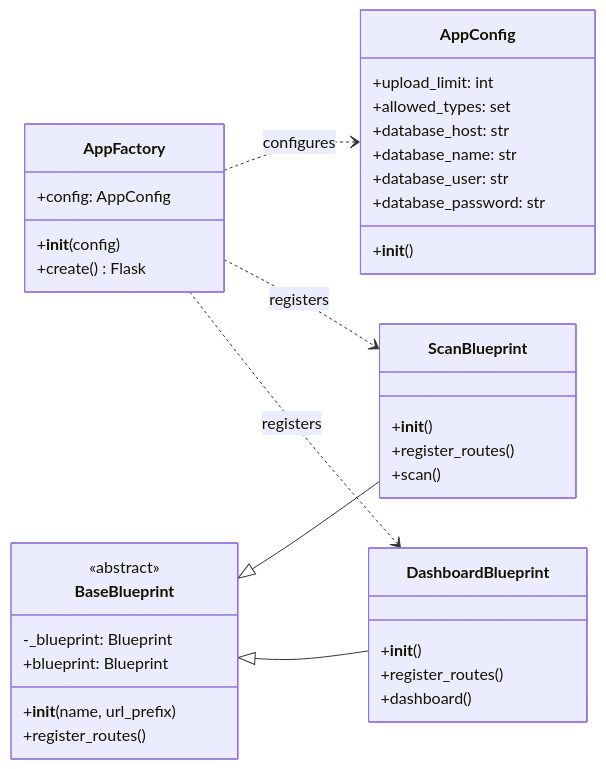
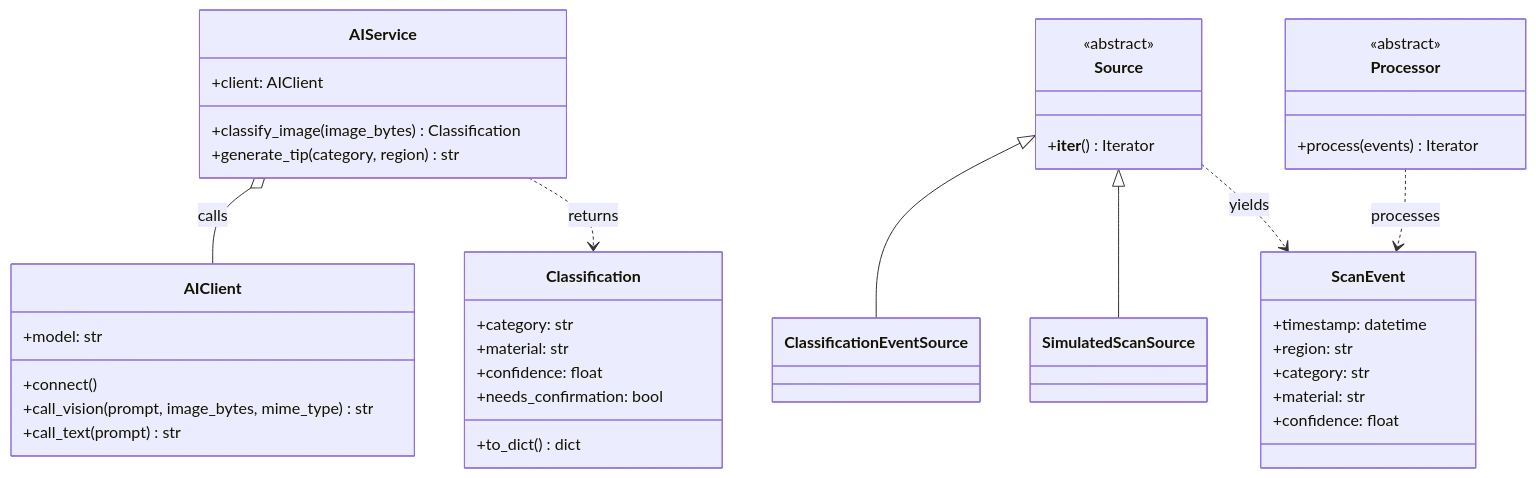
Before and after one commit to Timmyy3000/waste-sorting-assistant: the second of 6 diagrams in README.md, drawn with Mermaid. The commit also changed other lines of this file, not shown here.

Commit message:
docs(ht2): order team UML and place D runner last

````diff
--- a/README.md
+++ b/README.md
@@ -68,40 +67,42 @@
 ```mermaid
 classDiagram
-    direction LR
-    class AppConfig {
-        +__init__()
-        +upload_limit: int
-        +allowed_types: set
-        +database_host: str
-        +database_name: str
-        +database_user: str
-        +database_password: str
+    class Classification {
+        +category: str
+        +material: str
+        +confidence: float
+        +needs_confirmation: bool
+        +to_dict() dict
     }
-    class AppFactory {
-        +__init__(config)
-        +config: AppConfig
-        +create() Flask
+    class AIClient {
+        +model: str
+        +connect()
+        +call_vision(prompt, image_bytes, mime_type) str
+        +call_text(prompt) str
     }
-    class BaseBlueprint {
+    class AIService {
+        +client: AIClient
+        +classify_image(image_bytes) Classification
+        +generate_tip(category, region) str
+    }
+    class ScanEvent {
+        +timestamp: datetime
+        +region: str
+        +category: str
+        +material: str
+        +confidence: float
+    }
+    class Source {
         <<abstract>>
-        -_blueprint: Blueprint
-        +__init__(name, url_prefix)
-        +blueprint: Blueprint
-        +register_routes()
+        +__iter__() Iterator
     }
-    class ScanBlueprint {
-        +__init__()
-        +register_routes()
-        +scan()
+    class Processor {
+        <<abstract>>
+        +process(events) Iterator
     }
-    class DashboardBlueprint {
-        +__init__()
-        +register_routes()
-        +dashboard()
-    }
-    BaseBlueprint <|-- ScanBlueprint
-    BaseBlueprint <|-- DashboardBlueprint
-    AppFactory ..> AppConfig : configures
-    AppFactory ..> ScanBlueprint : registers
-    AppFactory ..> DashboardBlueprint : registers
+    Source <|-- ClassificationEventSource
+    Source <|-- SimulatedScanSource
+    Source ..> ScanEvent : yields
+    Processor ..> ScanEvent : processes
+    AIService o-- AIClient : calls
+    AIService ..> Classification : returns
 ```
````
